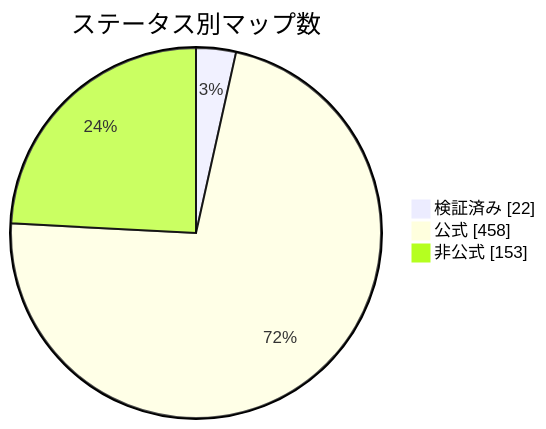
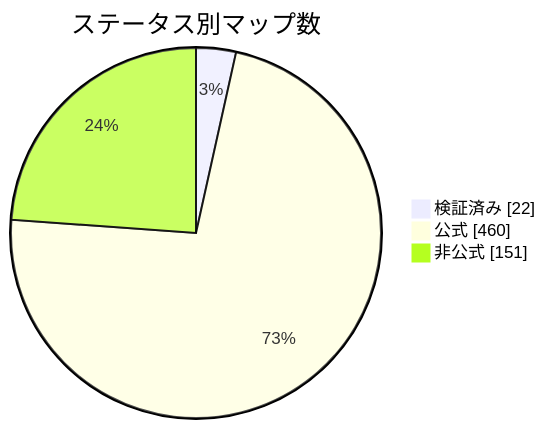
Before and after one commit to nobrega8/mbmap-library: the diagram in docs/readme/README_JP.md, drawn with Mermaid. The commit also changed 7 other files, not shown here.

````diff
--- a/docs/readme/README_JP.md
+++ b/docs/readme/README_JP.md
@@ -54,7 +54,7 @@
 ```mermaid
 pie showData
     title ステータス別マップ数
     "検証済み" : 22
-    "公式" : 458
-    "非公式" : 153
+    "公式" : 460
+    "非公式" : 151
 ```
````
